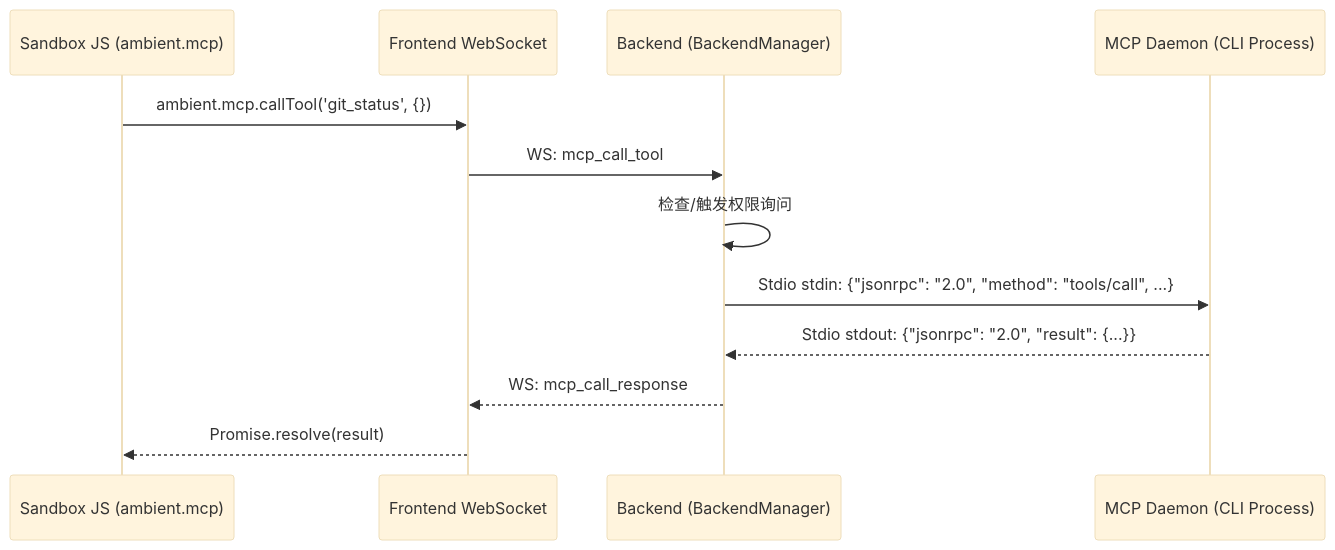
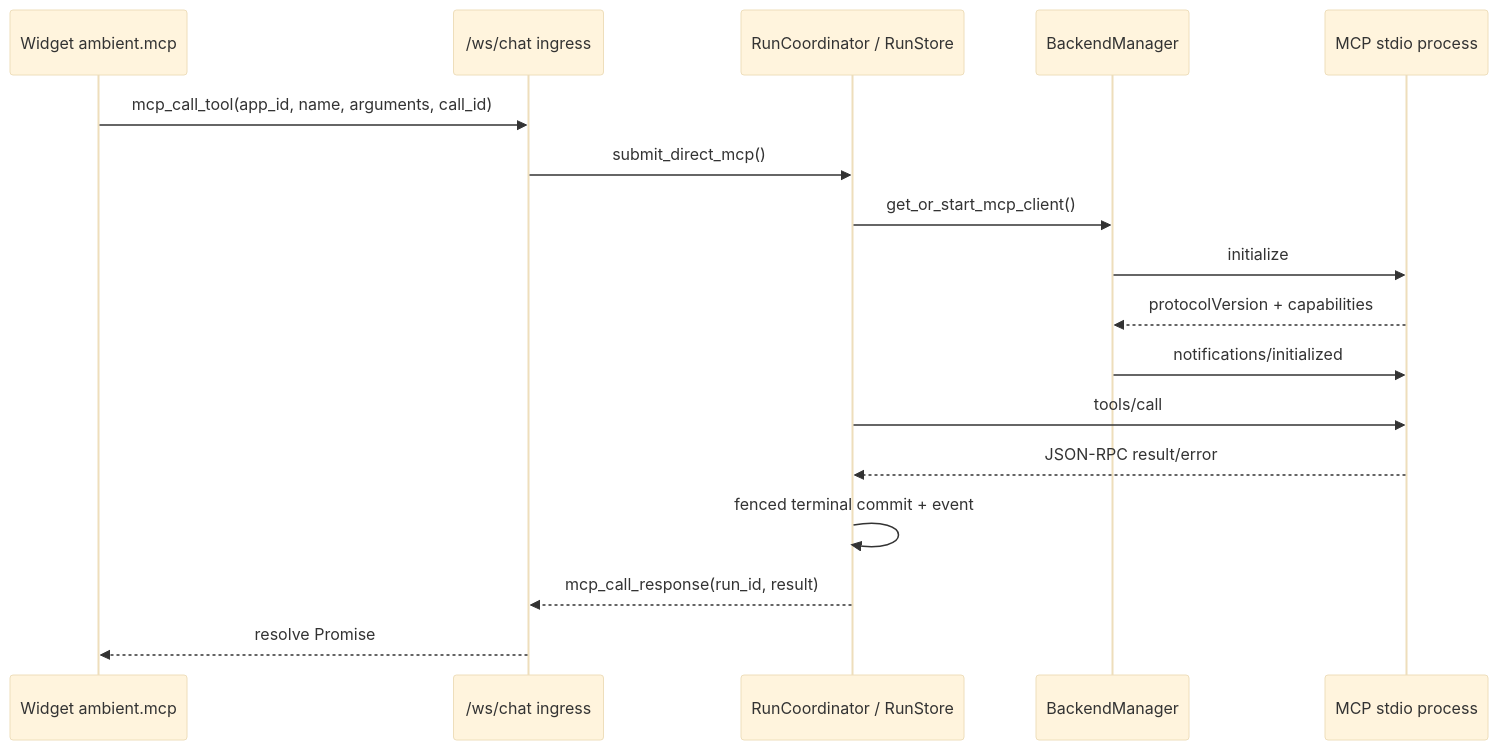
One commit to BillShiyaoZhang/ambient-agent changed the diagram in docs/integrations/mcp.md. Above: the diagram before and after it, drawn with Mermaid (base theme). The commit also changed other lines of this file and 83 other files, not shown here.

````diff
--- a/docs/integrations/mcp.md
+++ b/docs/integrations/mcp.md
@@ -9,15 +7,20 @@
 ```mermaid
 sequenceDiagram
-    participant Widget as Sandbox JS (ambient.mcp)
-    participant FE as Frontend WebSocket
-    participant BE as Backend (BackendManager)
-    participant Daemon as MCP Daemon (CLI Process)
+    participant Widget as Widget ambient.mcp
+    participant WS as /ws/chat ingress
+    participant Run as RunCoordinator / RunStore
+    participant BM as BackendManager
+    participant MCP as MCP stdio process
 
-    Widget->>FE: ambient.mcp.callTool('git_status', {})
-    FE->>BE: WS: mcp_call_tool
-    BE->>BE: 检查/触发权限询问
-    BE->>Daemon: Stdio stdin: {"jsonrpc": "2.0", "method": "tools/call", ...}
-    Daemon-->>BE: Stdio stdout: {"jsonrpc": "2.0", "result": {...}}
-    BE-->>FE: WS: mcp_call_response
-    FE-->>Widget: Promise.resolve(result)
+    Widget->>WS: mcp_call_tool(app_id, name, arguments, call_id)
+    WS->>Run: submit_direct_mcp()
+    Run->>BM: get_or_start_mcp_client()
+    BM->>MCP: initialize
+    MCP-->>BM: protocolVersion + capabilities
+    BM->>MCP: notifications/initialized
+    Run->>MCP: tools/call
+    MCP-->>Run: JSON-RPC result/error
+    Run->>Run: fenced terminal commit + event
+    Run-->>WS: mcp_call_response(run_id, result)
+    WS-->>Widget: resolve Promise
 ```
````
